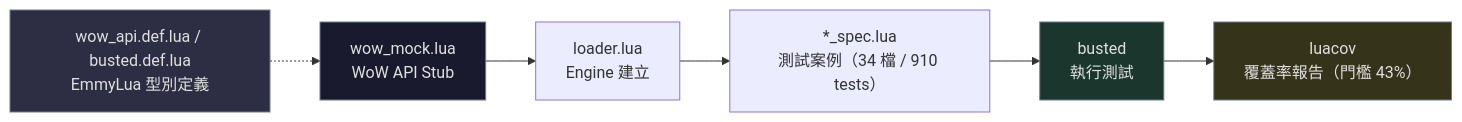
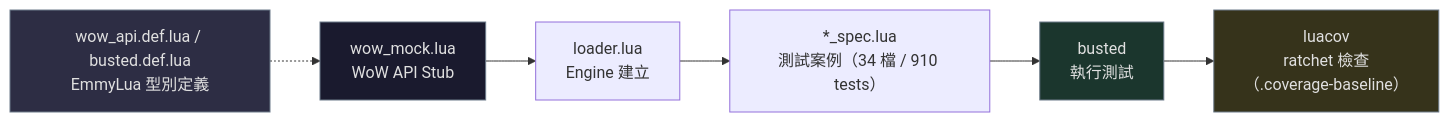
Before and after one commit to Neal75418/lunar-ui: the second of 2 diagrams in CLAUDE.md, drawn with Mermaid. The commit also changed other lines of this file and 106 other files, not shown here.

First line of the commit message:
chore(infra): coverage ratchet + diagnostic narrowing

````diff
--- a/CLAUDE.md
+++ b/CLAUDE.md
@@ -170,13 +170,13 @@
 ```mermaid
 graph LR
     TypeDef["wow_api.def.lua / busted.def.lua<br/>EmmyLua 型別定義"] -.-> Mock
     Mock["wow_mock.lua<br/>WoW API Stub"] --> Loader["loader.lua<br/>Engine 建立"]
     Loader --> Spec["*_spec.lua<br/>測試案例（34 檔 / 910 tests）"]
     Spec --> Busted["busted<br/>執行測試"]
-    Busted --> Cov["luacov<br/>覆蓋率報告（門檻 43%）"]
+    Busted --> Cov["luacov<br/>ratchet 檢查<br/>（.coverage-baseline）"]
 
     style TypeDef fill:#2d2d44,stroke:#6c7a89,color:#e0e0e0
     style Mock fill:#1a1a2e,stroke:#6c7a89,color:#e0e0e0
     style Busted fill:#1b362d,stroke:#6c7a89,color:#e0e0e0
     style Cov fill:#36331b,stroke:#6c7a89,color:#e0e0e0
 ```
````
